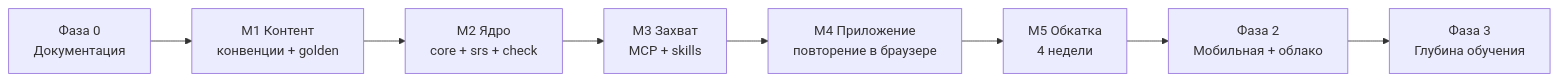
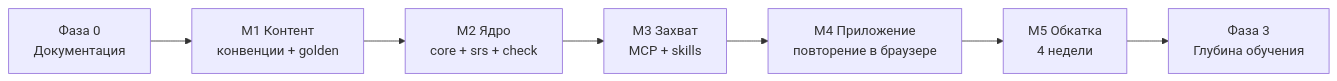
One commit to VladimirMakarevich/wastech-learn changed the diagram in docs/roadmap.md. Above: the diagram before and after it, drawn with Mermaid. The commit also changed other lines of this file and 15 other files, not shown here.

````diff
--- a/docs/roadmap.md
+++ b/docs/roadmap.md
@@ -5,10 +5,9 @@
 ```mermaid
 flowchart LR
   P0["Фаза 0<br/>Документация"] --> M1["M1 Контент<br/>конвенции + golden"]
   M1 --> M2["M2 Ядро<br/>core + srs + check"]
   M2 --> M3["M3 Захват<br/>MCP + skills"]
   M3 --> M4["M4 Приложение<br/>повторение в браузере"]
   M4 --> M5["M5 Обкатка<br/>4 недели"]
-  M5 --> P2["Фаза 2<br/>Мобильная + облако"]
-  P2 --> P3["Фаза 3<br/>Глубина обучения"]
+  M5 --> P3["Фаза 3<br/>Глубина обучения"]
 ```
````
